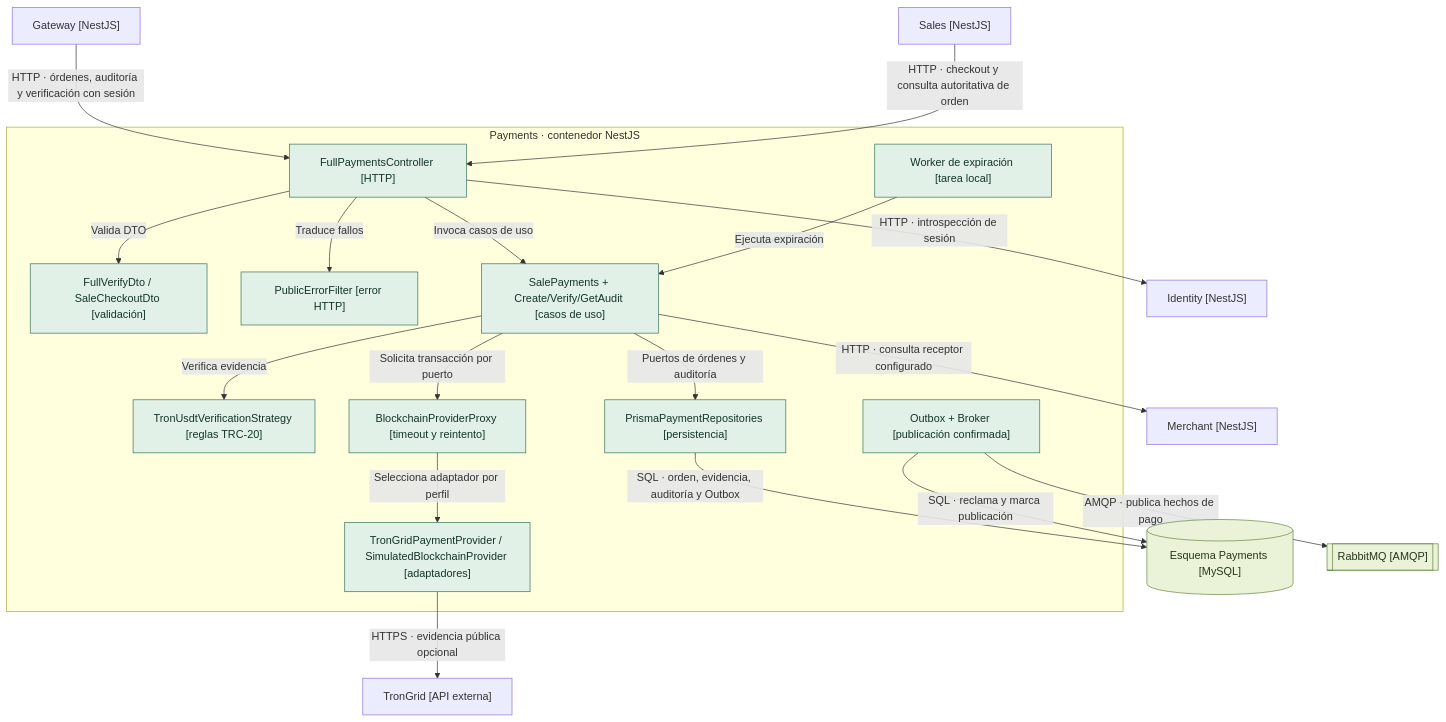
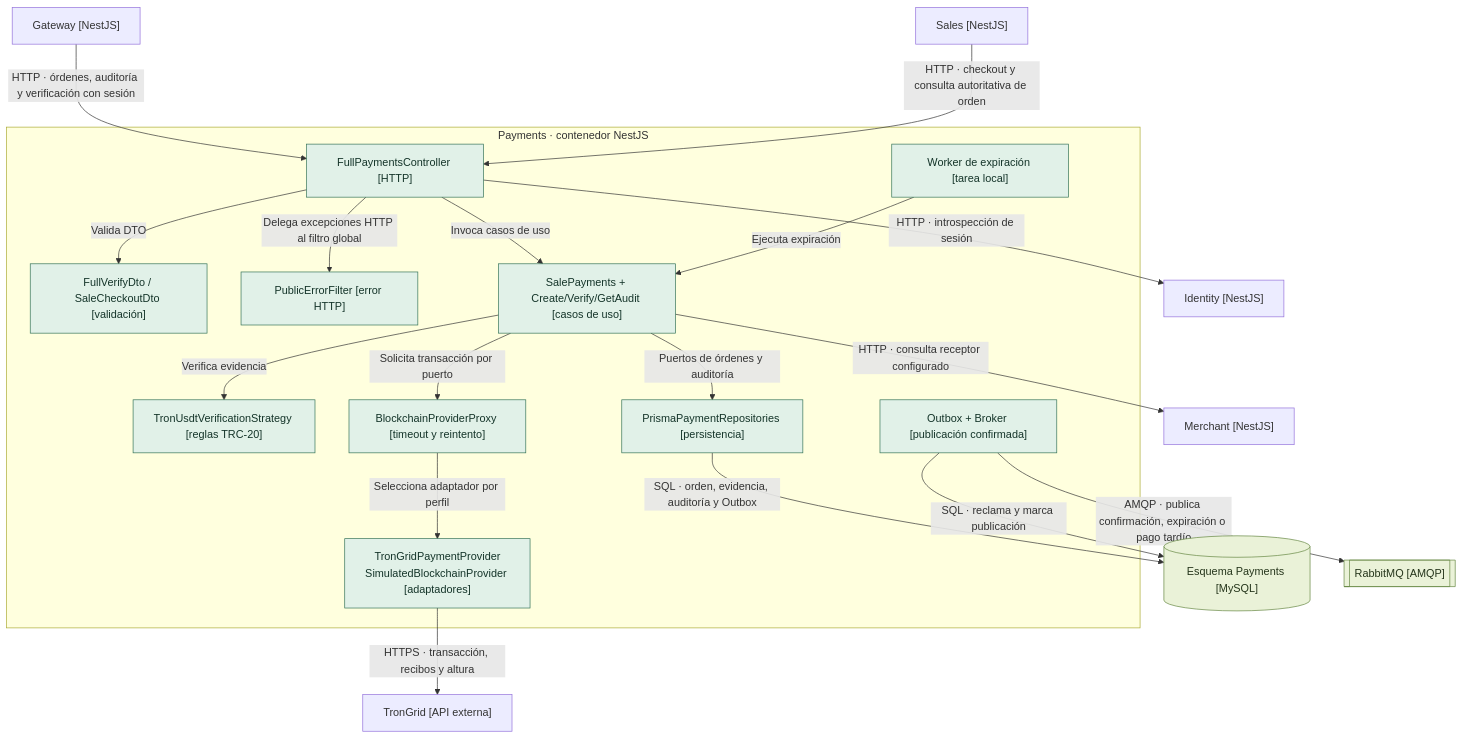
One commit to RS04a/ervanula changed the diagram in docs/full-app/C4-payments.md. Above: the diagram before and after it, drawn with Mermaid. The commit also changed other lines of this file and 14 other files, not shown here.

````diff
--- a/docs/full-app/C4-payments.md
+++ b/docs/full-app/C4-payments.md
@@ -5,42 +5,42 @@
 ```mermaid
 flowchart TB
   GW["Gateway [NestJS]"]
   SA["Sales [NestJS]"]
   ME["Merchant [NestJS]"]
   AU["Identity [NestJS]"]
   TR["TronGrid [API externa]"]
   DB[("Esquema Payments [MySQL]")]
   MQ[["RabbitMQ [AMQP]"]]
   subgraph PS["Payments · contenedor NestJS"]
     C["FullPaymentsController [HTTP]"]
     D["FullVerifyDto / SaleCheckoutDto [validación]"]
     E["PublicErrorFilter [error HTTP]"]
     U["SalePayments + Create/Verify/GetAudit [casos de uso]"]
     W["Worker de expiración [tarea local]"]
     ST["TronUsdtVerificationStrategy [reglas TRC-20]"]
     PX["BlockchainProviderProxy [timeout y reintento]"]
-    AD["TronGridPaymentProvider / SimulatedBlockchainProvider [adaptadores]"]
+    AD["TronGridPaymentProvider<br/>SimulatedBlockchainProvider [adaptadores]"]
     R["PrismaPaymentRepositories [persistencia]"]
     O["Outbox + Broker [publicación confirmada]"]
     C -->|"Valida DTO"| D
     C -->|"Invoca casos de uso"| U
-    C -->|"Traduce fallos"| E
+    C -->|"Delega excepciones HTTP al filtro global"| E
     W -->|"Ejecuta expiración"| U
     U -->|"Verifica evidencia"| ST
     U -->|"Solicita transacción por puerto"| PX
     PX -->|"Selecciona adaptador por perfil"| AD
     U -->|"Puertos de órdenes y auditoría"| R
   end
   GW -->|"HTTP · órdenes, auditoría y verificación con sesión"| C
   SA -->|"HTTP · checkout y consulta autoritativa de orden"| C
   C -->|"HTTP · introspección de sesión"| AU
   U -->|"HTTP · consulta receptor configurado"| ME
-  AD -->|"HTTPS · evidencia pública opcional"| TR
+  AD -->|"HTTPS · transacción, recibos y altura"| TR
   R -->|"SQL · orden, evidencia, auditoría y Outbox"| DB
   O -->|"SQL · reclama y marca publicación"| DB
-  O -->|"AMQP · publica hechos de pago"| MQ
+  O -->|"AMQP · publica confirmación, expiración o pago tardío"| MQ
   classDef service fill:#e1f1e8,stroke:#337257,color:#143429
   classDef data fill:#eaf2d8,stroke:#658642,color:#25351b
   class C,D,E,U,W,ST,PX,AD,R,O service
   class DB,MQ data
 ```
````
